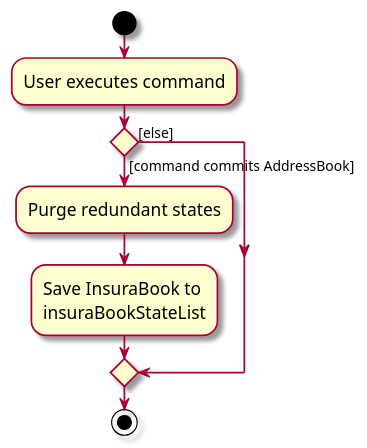
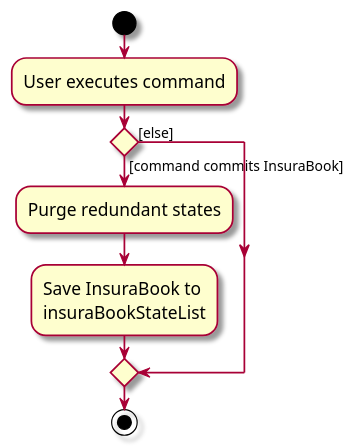
Before and after one commit to zpnoob/tp: the diagram in docs/diagrams/CommitActivityDiagram.puml, drawn with PlantUML.

Commit message:
Change AddressBook to InsuraBook

```diff
--- a/docs/diagrams/CommitActivityDiagram.puml
+++ b/docs/diagrams/CommitActivityDiagram.puml
@@ -1,18 +1,18 @@
 @startuml
 skin rose
 skinparam ActivityFontSize 15
 skinparam ArrowFontSize 12
 start
 :User executes command;
 
 'Since the beta syntax does not support placing the condition outside the
 'diamond we place it as the true branch instead.
 
-if () then ([command commits AddressBook])
+if () then ([command commits InsuraBook])
     :Purge redundant states;
     :Save InsuraBook to
     insuraBookStateList;
 else ([else])
 endif
 stop
 @enduml
```
